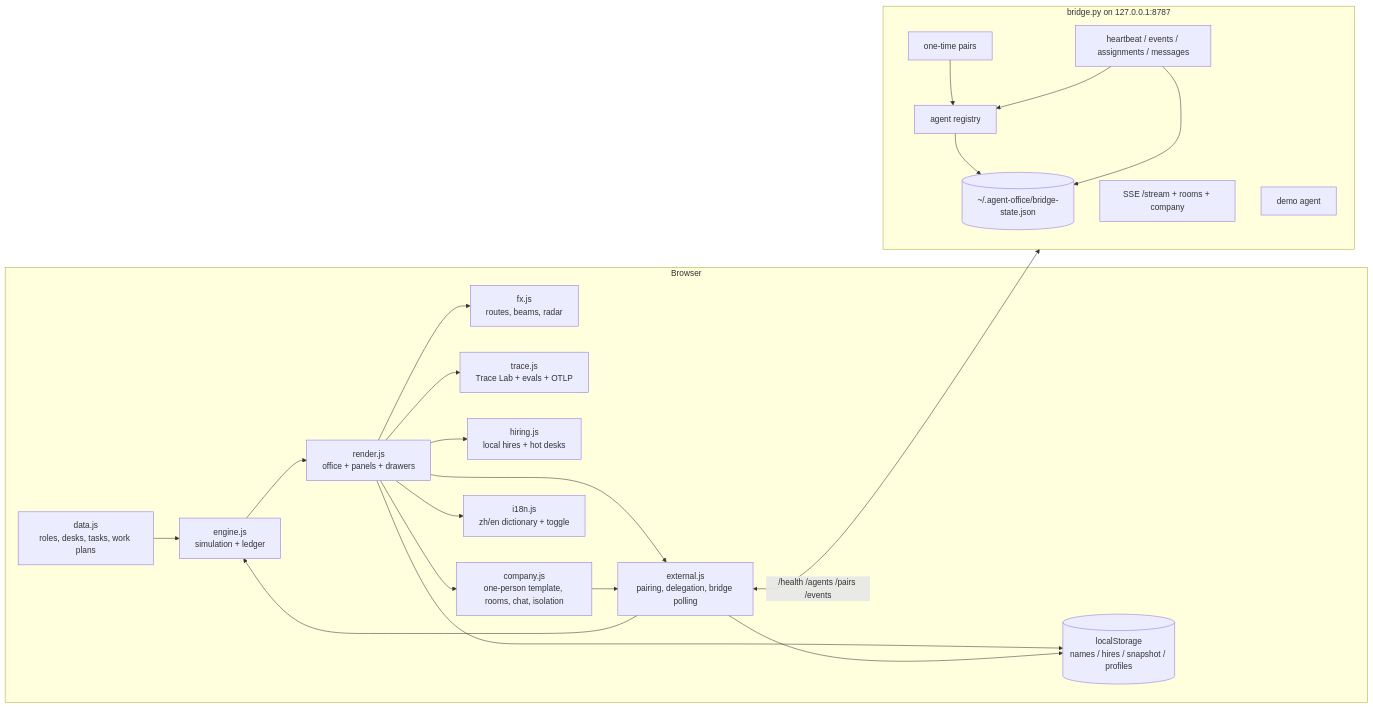
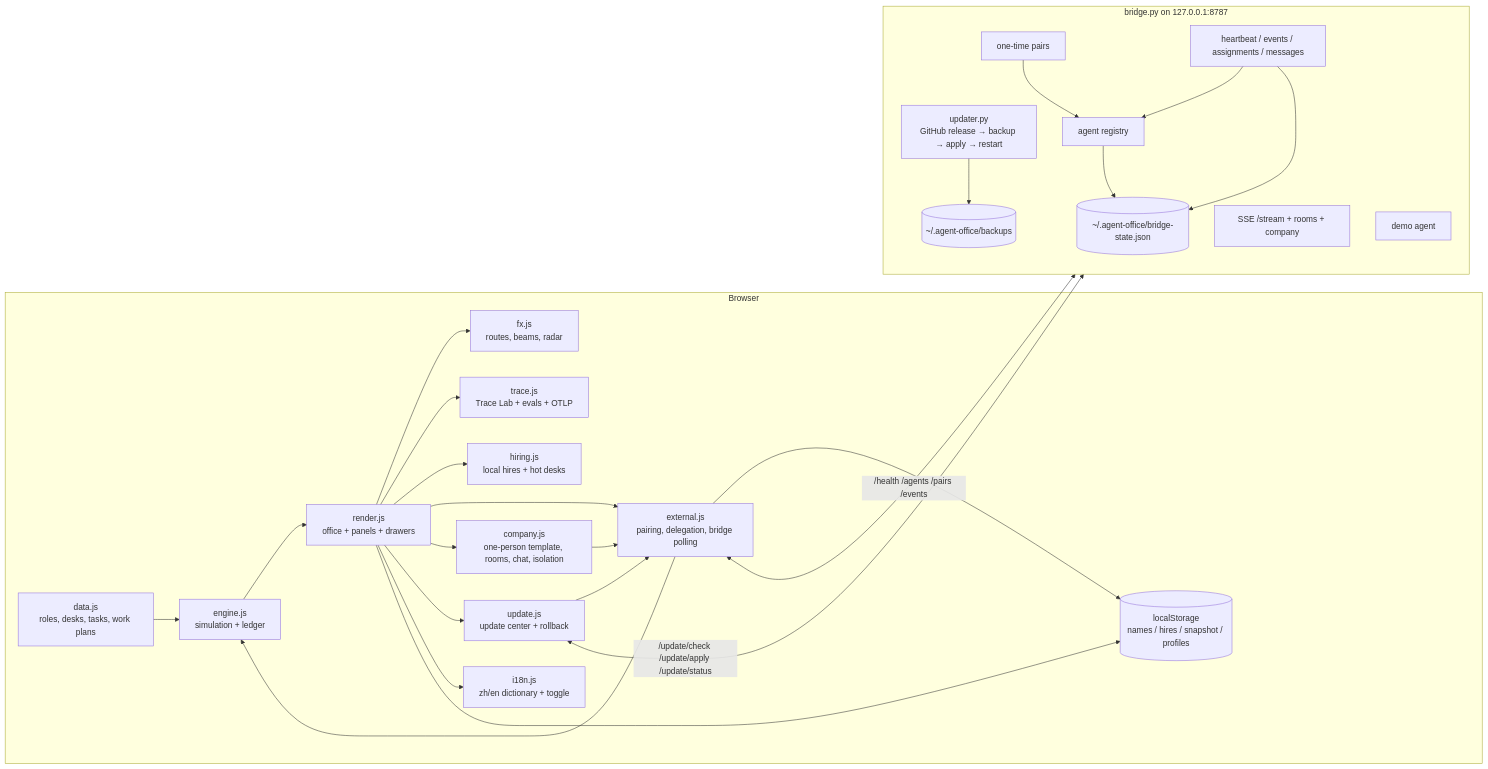
One commit to 128fei-wang/agent-office changed the diagram in docs/ARCHITECTURE.md. Above: the diagram before and after it, drawn with Mermaid. The commit also changed other lines of this file and 23 other files, not shown here.

````diff
--- a/docs/ARCHITECTURE.md
+++ b/docs/ARCHITECTURE.md
@@ -5,42 +5,49 @@
 ```mermaid
 flowchart LR
   subgraph Browser
     D[data.js<br/>roles, desks, tasks, work plans]
     E[engine.js<br/>simulation + ledger]
     R[render.js<br/>office + panels + drawers]
     F[fx.js<br/>routes, beams, radar]
     T[trace.js<br/>Trace Lab + evals + OTLP]
     H[hiring.js<br/>local hires + hot desks]
     X[external.js<br/>pairing, delegation, bridge polling]
     C[company.js<br/>one-person template, rooms, chat, isolation]
+    U[update.js<br/>update center + rollback]
     I[i18n.js<br/>zh/en dictionary + toggle]
     L[(localStorage<br/>names / hires / snapshot / profiles)]
     D --> E
     E --> R
     R --> F
     R --> T
     R --> H
     R --> X
     R --> C
     C --> X
+    R --> U
+    U --> X
     R --> I
     X --> E
     R --> L
     X --> L
   end
 
   subgraph Bridge[bridge.py on 127.0.0.1:8787]
     P[one-time pairs]
     A[agent registry]
     V[heartbeat / events / assignments / messages]
     O[SSE /stream + rooms + company]
     M[demo agent]
+    N[updater.py<br/>GitHub release → backup → apply → restart]
     S[(~/.agent-office/bridge-state.json)]
+    B[(~/.agent-office/backups)]
   end
 
   X <-->|/health /agents /pairs /events| Bridge
+  U <-->|/update/check /update/apply /update/status| Bridge
+  N --> B
   P --> A
   V --> A
   A --> S
   V --> S
 ```
````
